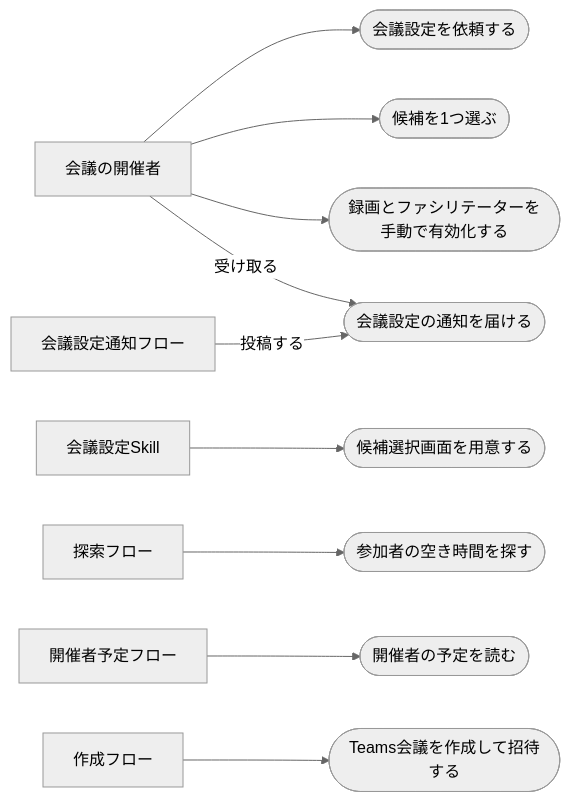
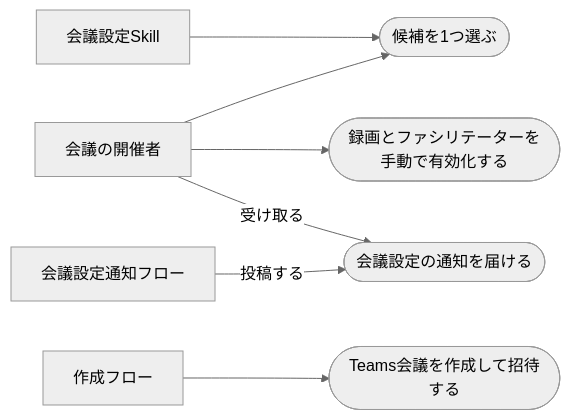
One commit to dnode-ryosuke-yamazaki/study changed the second of 2 diagrams in apps/meeting-setup-automation/specs/meeting-scheduling/requirements.md. Above: the diagram before and after it, drawn with Mermaid (neutral theme). The commit also changed other lines of this file and 4 other files, not shown here.

First line of the commit message:
docs(meeting-setup-automation): 開催者の予定のみ重なる枠の仕様レビュー指摘を反映し、architecture.md を層分けの新形式にする

````diff
--- a/apps/meeting-setup-automation/specs/meeting-scheduling/requirements.md
+++ b/apps/meeting-setup-automation/specs/meeting-scheduling/requirements.md
@@ -26,28 +48,19 @@
 ```mermaid
 flowchart LR
     organizer["会議の開催者"]
     skill["会議設定Skill"]
-    searchflow["探索フロー"]
-    eventsflow["開催者予定フロー"]
     createflow["作成フロー"]
     notifyflow["会議設定通知フロー"]
 
-    uc1(["会議設定を依頼する"])
-    uc2(["参加者の空き時間を探す"])
-    uc3(["候補選択画面を用意する"])
-    uc8(["開催者の予定を読む"])
     uc4(["候補を1つ選ぶ"])
     uc5(["Teams会議を作成して招待する"])
+    uc7(["会議設定の通知を届ける"])
     uc6(["録画とファシリテーターを手動で有効化する"])
-    uc7(["会議設定の通知を届ける"])
 
-    organizer --> uc1
     organizer --> uc4
     organizer --> uc6
     organizer -->|受け取る| uc7
-    skill --> uc3
-    searchflow --> uc2
-    eventsflow --> uc8
+    skill --> uc4
     createflow --> uc5
     notifyflow -->|投稿する| uc7
 ```
````
